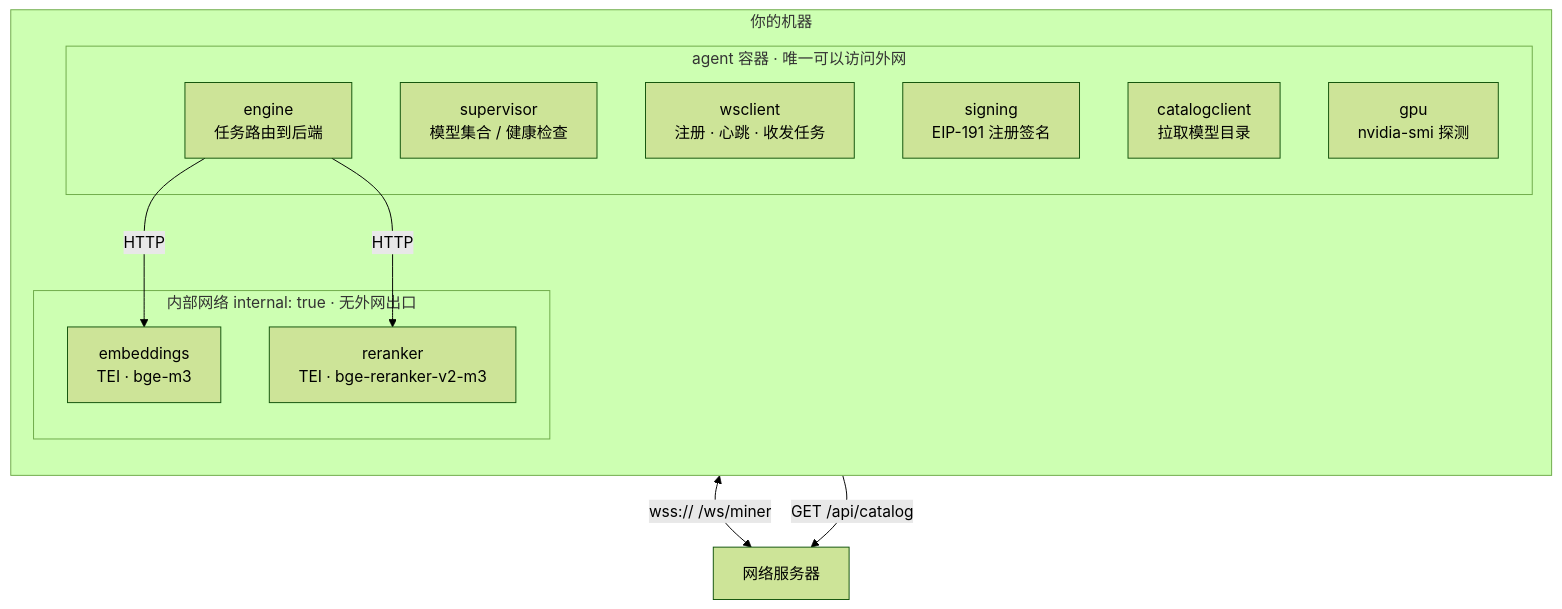
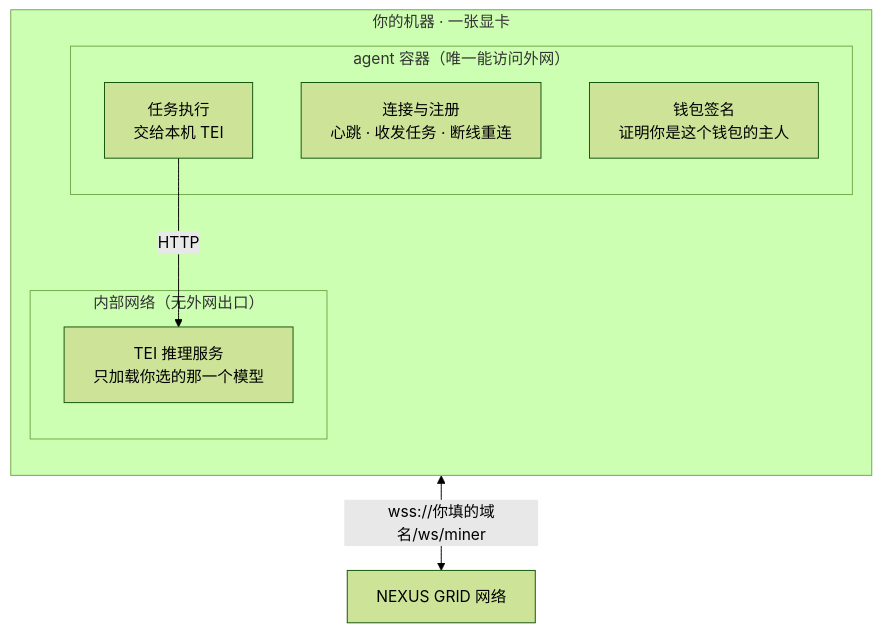
Before and after one commit to 0xRouteAI/nexus-grid-miner: the third of 3 diagrams in README.md, drawn with Mermaid (forest theme). The commit also changed other lines of this file and 12 other files, not shown here.

````diff
--- a/README.md
+++ b/README.md
@@ -49,22 +98,16 @@
 ```mermaid
 flowchart TB
-    subgraph host[你的机器]
+    subgraph host["你的机器 · 一张显卡"]
         direction TB
-        subgraph agentbox[agent 容器 · 唯一可以访问外网]
-            SUP[supervisor<br/>模型集合 / 健康检查]
-            WS[wsclient<br/>注册 · 心跳 · 收发任务]
-            ENG[engine<br/>任务路由到后端]
-            SIG[signing<br/>EIP-191 注册签名]
-            CAT[catalogclient<br/>拉取模型目录]
-            GPU[gpu<br/>nvidia-smi 探测]
+        subgraph agentbox["agent 容器（唯一能访问外网）"]
+            WS["连接与注册<br/>心跳 · 收发任务 · 断线重连"]
+            ENG["任务执行<br/>交给本机 TEI"]
+            SIG["钱包签名<br/>证明你是这个钱包的主人"]
         end
-        subgraph inner[内部网络 internal: true · 无外网出口]
-            TEI1[embeddings<br/>TEI · bge-m3]
-            TEI2[reranker<br/>TEI · bge-reranker-v2-m3]
+        subgraph inner["内部网络（无外网出口）"]
+            TEI["TEI 推理服务<br/>只加载你选的那一个模型"]
         end
-        ENG -- HTTP --> TEI1
-        ENG -- HTTP --> TEI2
+        ENG -- HTTP --> TEI
     end
-    WS <-- "wss:// /ws/miner" --> CP[网络服务器]
-    CAT -- "GET /api/catalog" --> CP
+    WS <-- "wss://你填的域名/ws/miner" --> G["NEXUS GRID 网络"]
 ```
````
